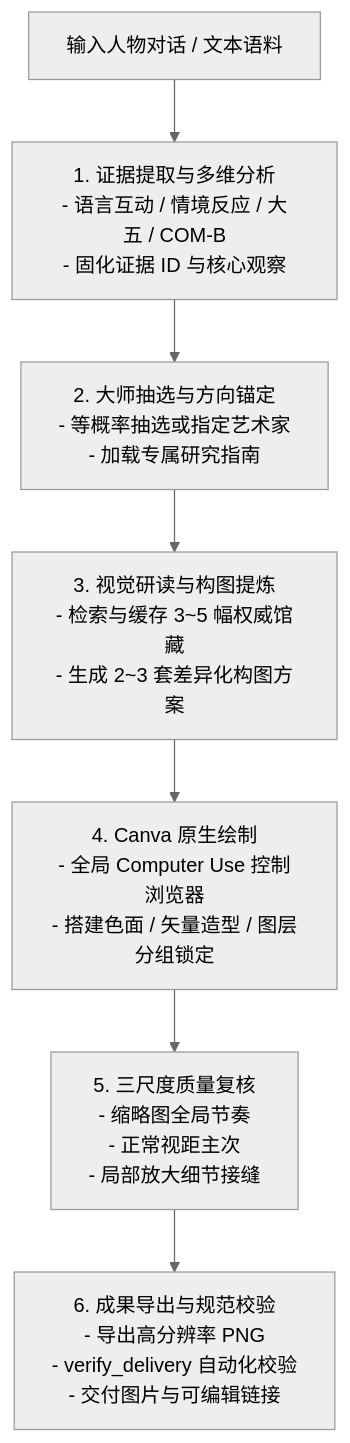
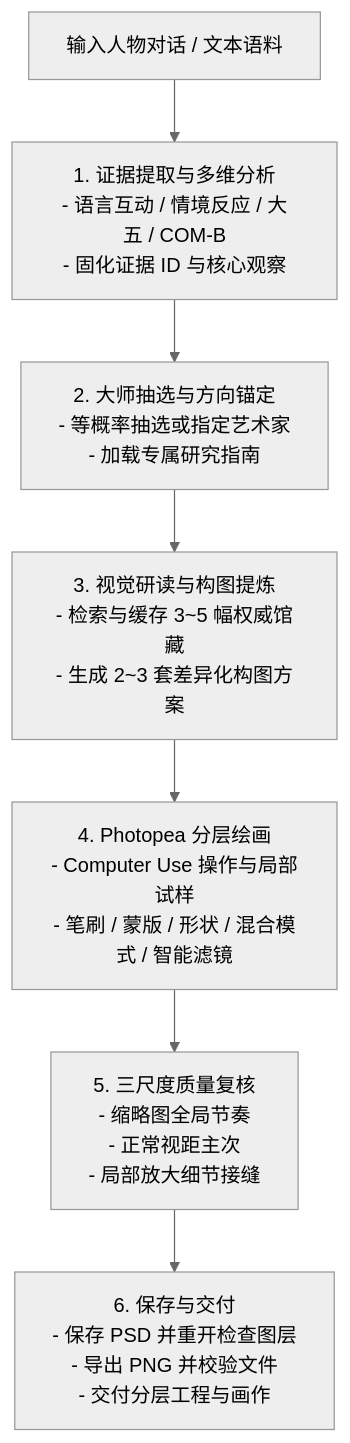
Before and after one commit to Combjellyshen/verba-picta: the diagram in README.md, drawn with Mermaid (neutral theme). The commit also changed other lines of this file and 33 other files, not shown here.

````diff
--- a/README.md
+++ b/README.md
@@ -26,9 +26,9 @@
 ```mermaid
 flowchart TD
     A[输入人物对话 / 文本语料] --> B[1. 证据提取与多维分析\n- 语言互动 / 情境反应 / 大五 / COM-B\n- 固化证据 ID 与核心观察]
     B --> C[2. 大师抽选与方向锚定\n- 等概率抽选或指定艺术家\n- 加载专属研究指南]
     C --> D[3. 视觉研读与构图提炼\n- 检索与缓存 3~5 幅权威馆藏\n- 生成 2~3 套差异化构图方案]
-    D --> E[4. Canva 原生绘制\n- 全局 Computer Use 控制浏览器\n- 搭建色面 / 矢量造型 / 图层分组锁定]
+    D --> E[4. Photopea 分层绘画\n- Computer Use 操作与局部试样\n- 笔刷 / 蒙版 / 形状 / 混合模式 / 智能滤镜]
     E --> F[5. 三尺度质量复核\n- 缩略图全局节奏\n- 正常视距主次\n- 局部放大细节接缝]
-    F --> G[6. 成果导出与规范校验\n- 导出高分辨率 PNG\n- verify_delivery 自动化校验\n- 交付图片与可编辑链接]
+    F --> G[6. 保存与交付\n- 保存 PSD 并重开检查图层\n- 导出 PNG 并校验文件\n- 交付分层工程与画作]
 ```
````
